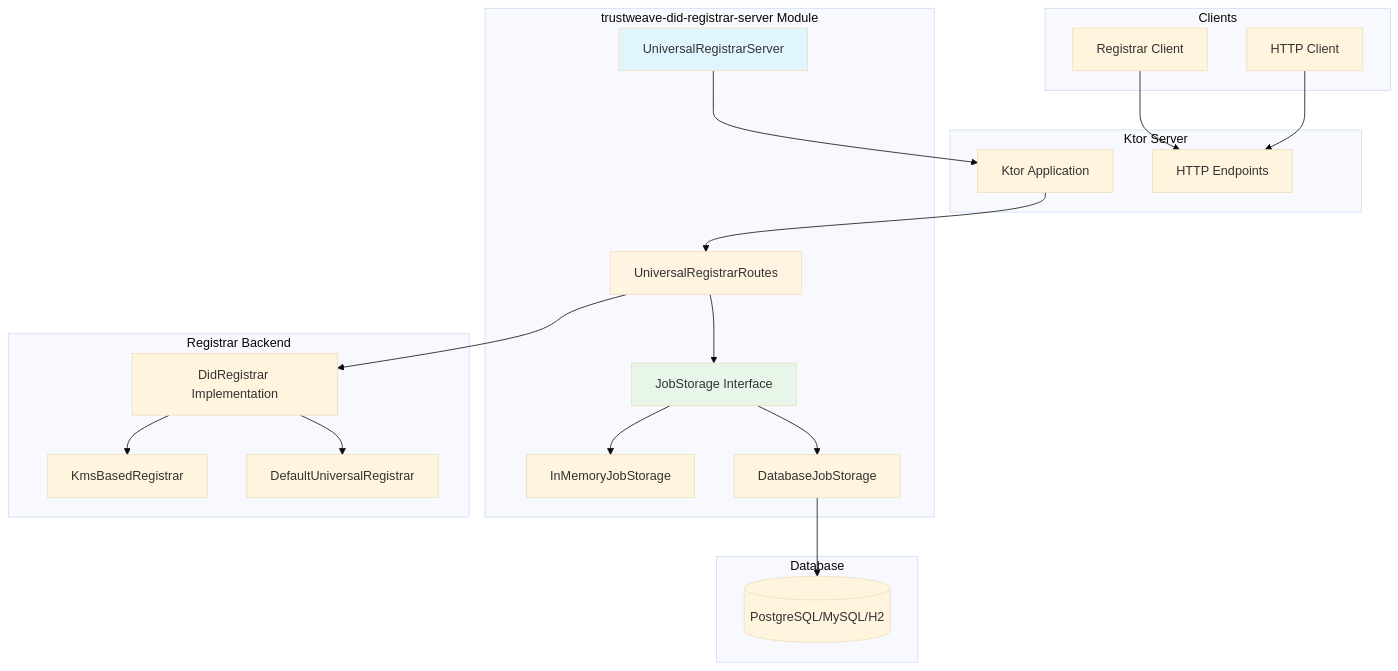
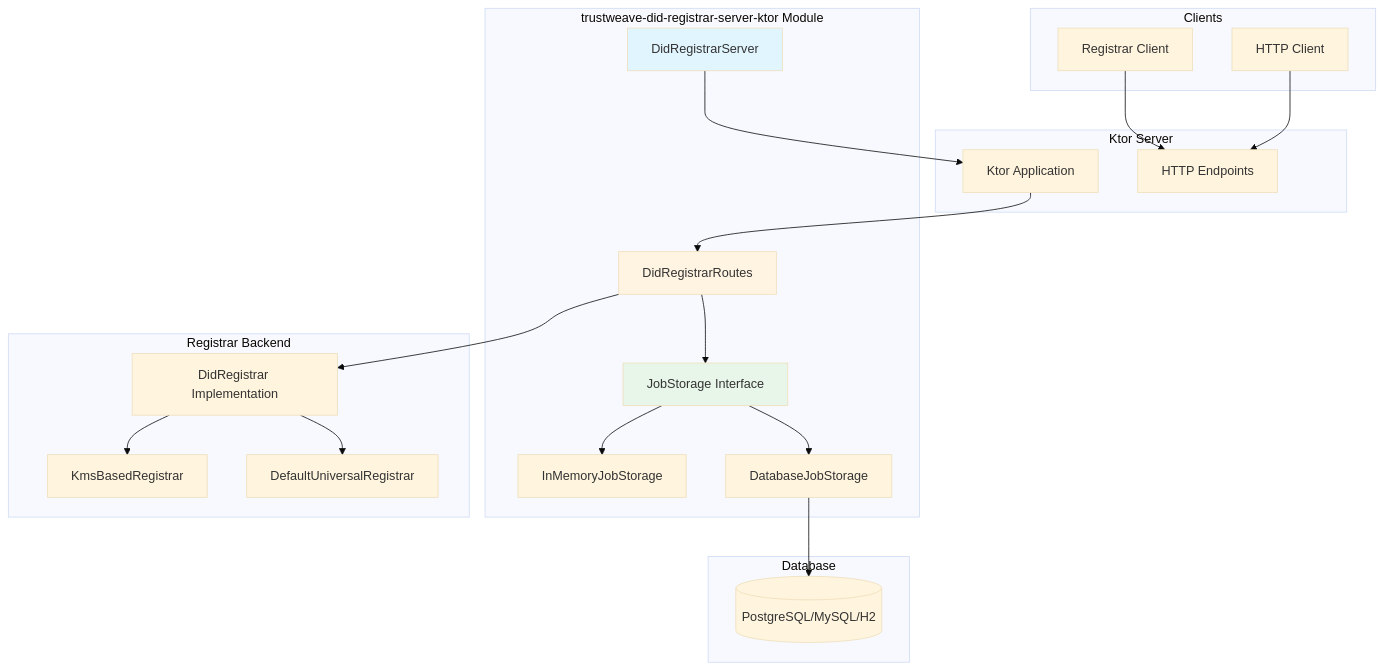
One commit to geoknoesis/trustweave changed the first of 3 diagrams in docs/modules/trustweave-did-registrar-server.md. Above: the diagram before and after it, drawn with Mermaid (base theme). The commit also changed other lines of this file and 77 other files, not shown here.

````diff
--- a/docs/modules/trustweave-did-registrar-server.md
+++ b/docs/modules/trustweave-did-registrar-server.md
@@ -28,47 +32,47 @@
 ```mermaid
 graph TB
-    subgraph "trustweave-did-registrar-server Module"
-        Server[UniversalRegistrarServer]
-        Routes[UniversalRegistrarRoutes]
+    subgraph "trustweave-did-registrar-server-ktor Module"
+        Server[DidRegistrarServer]
+        Routes[DidRegistrarRoutes]
         Storage[JobStorage Interface]
         InMemoryStorage[InMemoryJobStorage]
         DatabaseStorage[DatabaseJobStorage]
     end
     
     subgraph "Database"
         DB[(PostgreSQL/MySQL/H2)]
     end
     
     subgraph "Ktor Server"
         KtorApp[Ktor Application]
         HTTP[HTTP Endpoints]
     end
     
     subgraph "Registrar Backend"
         DidRegistrar[DidRegistrar Implementation]
         KmsRegistrar[KmsBasedRegistrar]
         DefaultUR[DefaultUniversalRegistrar]
     end
     
     subgraph "Clients"
         HTTPClient[HTTP Client]
         RegistrarClient[Registrar Client]
     end
     
     Server --> KtorApp
     KtorApp --> Routes
     Routes --> Storage
     Storage --> InMemoryStorage
     Storage --> DatabaseStorage
     DatabaseStorage --> DB
     Routes --> DidRegistrar
     DidRegistrar --> KmsRegistrar
     DidRegistrar --> DefaultUR
     
     HTTPClient --> HTTP
     RegistrarClient --> HTTP
     
     style Server fill:#e1f5ff
     style Routes fill:#fff4e1
     style Storage fill:#e8f5e9
 ```
````
